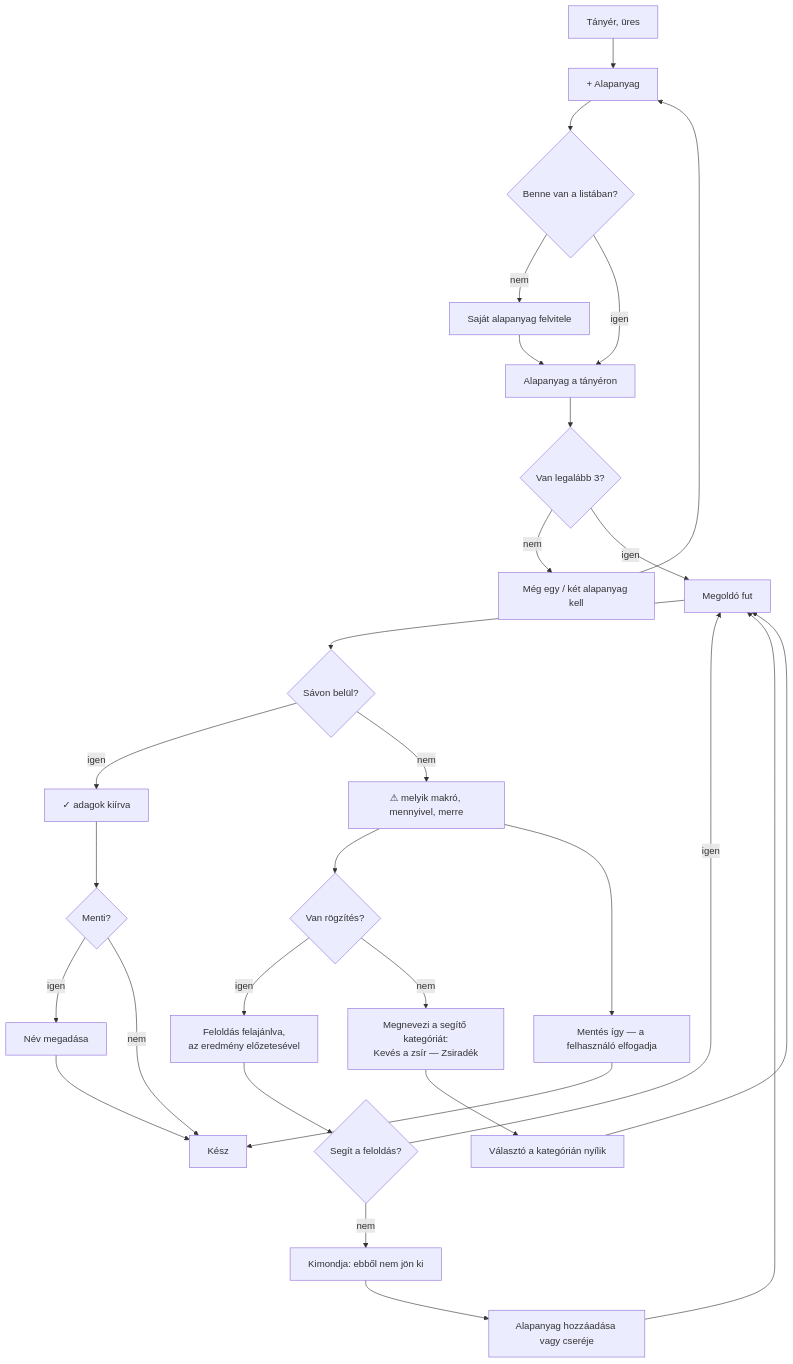
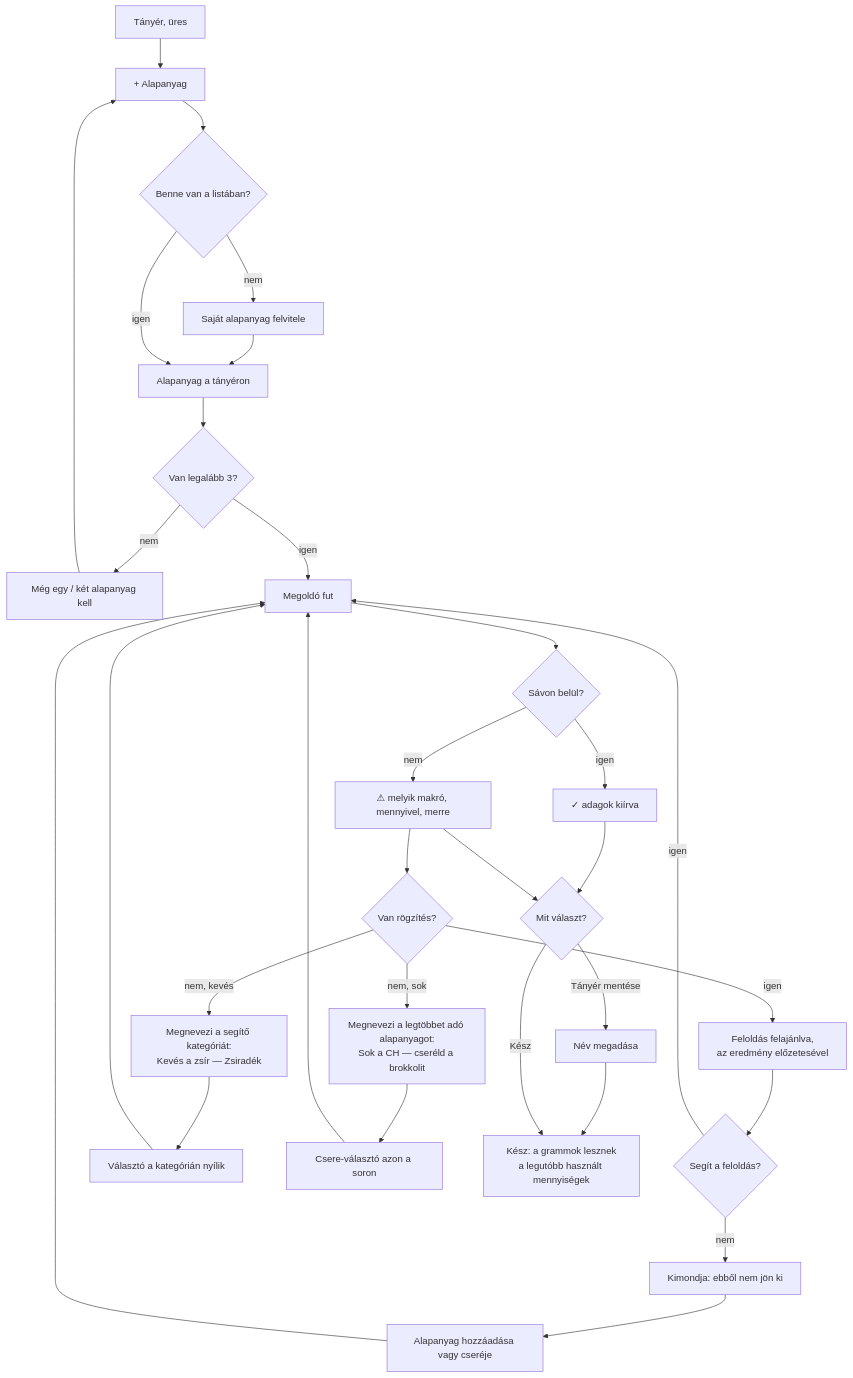
Before and after one commit to Izayata/ketara-artifacts: the first of 3 diagrams in ketara-folyamatok-kepernyok.md, drawn with Mermaid. The commit also changed other lines of this file and 2 other files, not shown here.

First line of the commit message:
PRD v1.1, flows v0.8, UX v0.4: fixes from the v1.0 cold review

````diff
--- a/ketara-folyamatok-kepernyok.md
+++ b/ketara-folyamatok-kepernyok.md
@@ -34,28 +34,29 @@
 ```mermaid
 flowchart TD
     A[Tányér, üres] --> B[+ Alapanyag]
     B --> C{Benne van a listában?}
     C -- nem --> D[Saját alapanyag felvitele]
     D --> E
     C -- igen --> E[Alapanyag a tányéron]
     E --> F{Van legalább 3?}
     F -- nem --> G["Még egy / két alapanyag kell"] --> B
     F -- igen --> H[Megoldó fut]
     H --> I{Sávon belül?}
     I -- igen --> J["✓ adagok kiírva"]
     I -- nem --> K["⚠ melyik makró, mennyivel, merre"]
     K --> L{Van rögzítés?}
     L -- igen --> M["Feloldás felajánlva,<br/>az eredmény előzetesével"]
     M --> N{Segít a feloldás?}
     N -- igen --> H
     N -- nem --> O["Kimondja: ebből nem jön ki"]
-    L -- nem --> O2["Megnevezi a segítő kategóriát:<br/>Kevés a zsír — Zsiradék"]
+    L -- "nem, kevés" --> O2["Megnevezi a segítő kategóriát:<br/>Kevés a zsír — Zsiradék"]
     O2 --> P2[Választó a kategórián nyílik] --> H
+    L -- "nem, sok" --> O3["Megnevezi a legtöbbet adó alapanyagot:<br/>Sok a CH — cseréld a brokkolit"]
+    O3 --> P3[Csere-választó azon a soron] --> H
     O --> P[Alapanyag hozzáadása vagy cseréje]
     P --> H
-    K --> Q["Mentés így — a felhasználó elfogadja"]
-    J --> R{Menti?}
-    R -- igen --> S[Név megadása] --> T[Kész]
-    R -- nem --> T
-    Q --> T
+    J --> R{Mit választ?}
+    K --> R
+    R -- "Tányér mentése" --> S[Név megadása] --> T
+    R -- "Kész" --> T["Kész: a grammok lesznek<br/>a legutóbb használt mennyiségek"]
 ```
````
